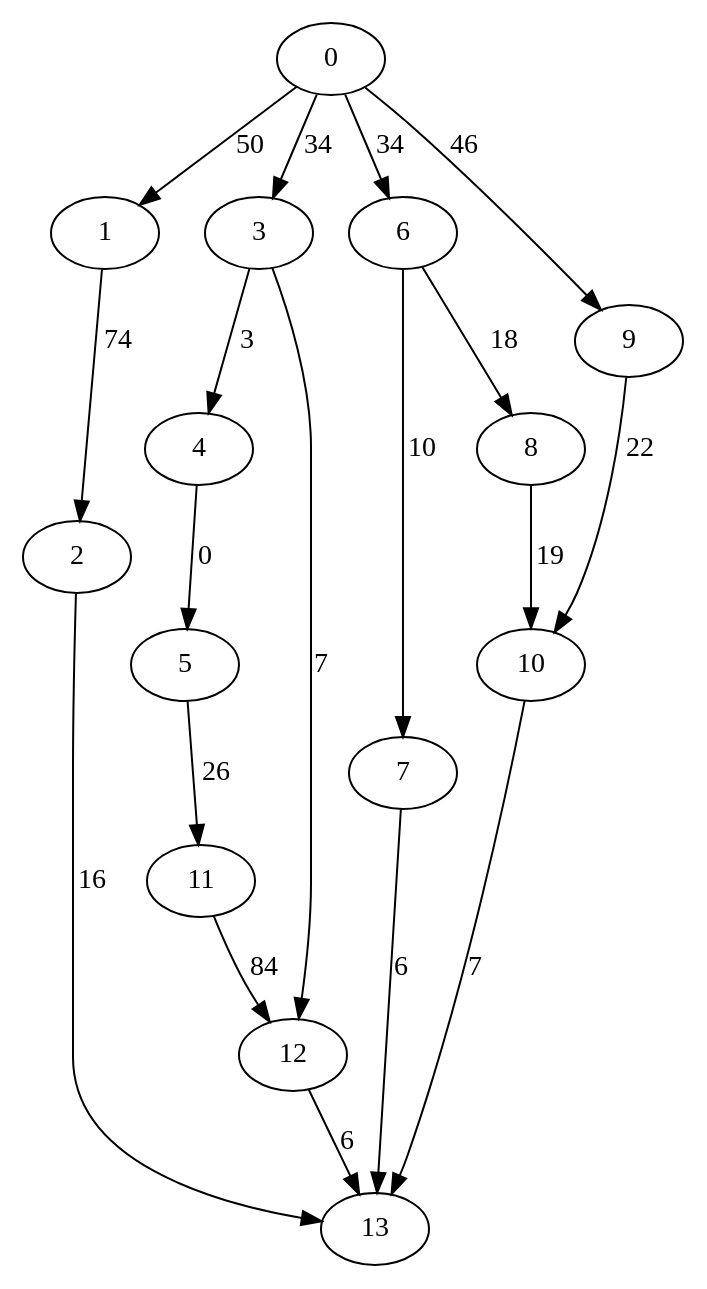
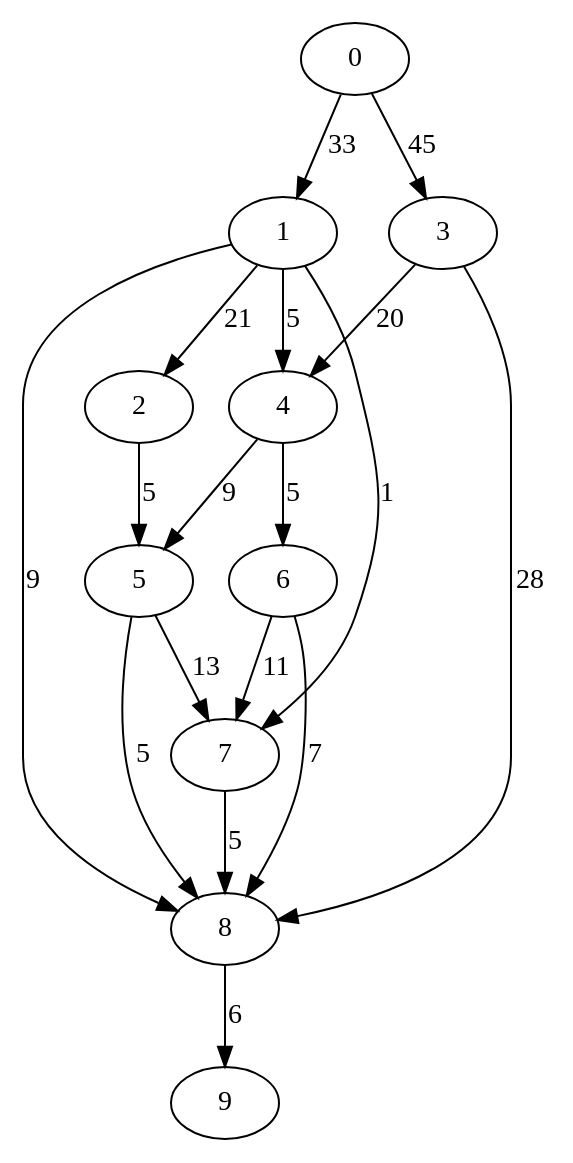
Before and after one commit to asaloniti/DagScheduling_old: the diagram in dotfiles/data4.dot, drawn with Graphviz. The commit also changed 43 other files, not shown here.

```diff
--- a/dotfiles/data4.dot
+++ b/dotfiles/data4.dot
@@ -1,20 +1,19 @@
 digraph data4 {
-0 -> 1 [ label = 50 ];
-0 -> 3 [ label = 34 ];
-0 -> 6 [ label = 34 ];
-0 -> 9 [ label = 46 ];
-1 -> 2 [ label = 74 ];
-2 -> 13 [ label = 16 ];
-3 -> 4 [ label = 3 ];
-3 -> 12 [ label = 7 ];
-4 -> 5 [ label = 0 ];
-5 -> 11 [ label = 26 ];
-6 -> 7 [ label = 10 ];
-6 -> 8 [ label = 18 ];
-7 -> 13 [ label = 6 ];
-8 -> 10 [ label = 19 ];
-9 -> 10 [ label = 22 ];
-10 -> 13 [ label = 7 ];
-11 -> 12 [ label = 84 ];
-12 -> 13 [ label = 6 ];
+0 -> 1 [ label = 33 ];
+0 -> 3 [ label = 45 ];
+1 -> 2 [ label = 21 ];
+1 -> 4 [ label = 5 ];
+1 -> 7 [ label = 1 ];
+1 -> 8 [ label = 9 ];
+2 -> 5 [ label = 5 ];
+3 -> 4 [ label = 20 ];
+3 -> 8 [ label = 28 ];
+4 -> 5 [ label = 9 ];
+4 -> 6 [ label = 5 ];
+5 -> 7 [ label = 13 ];
+5 -> 8 [ label = 5 ];
+6 -> 7 [ label = 11 ];
+6 -> 8 [ label = 7 ];
+7 -> 8 [ label = 5 ];
+8 -> 9 [ label = 6 ];
  }
```
